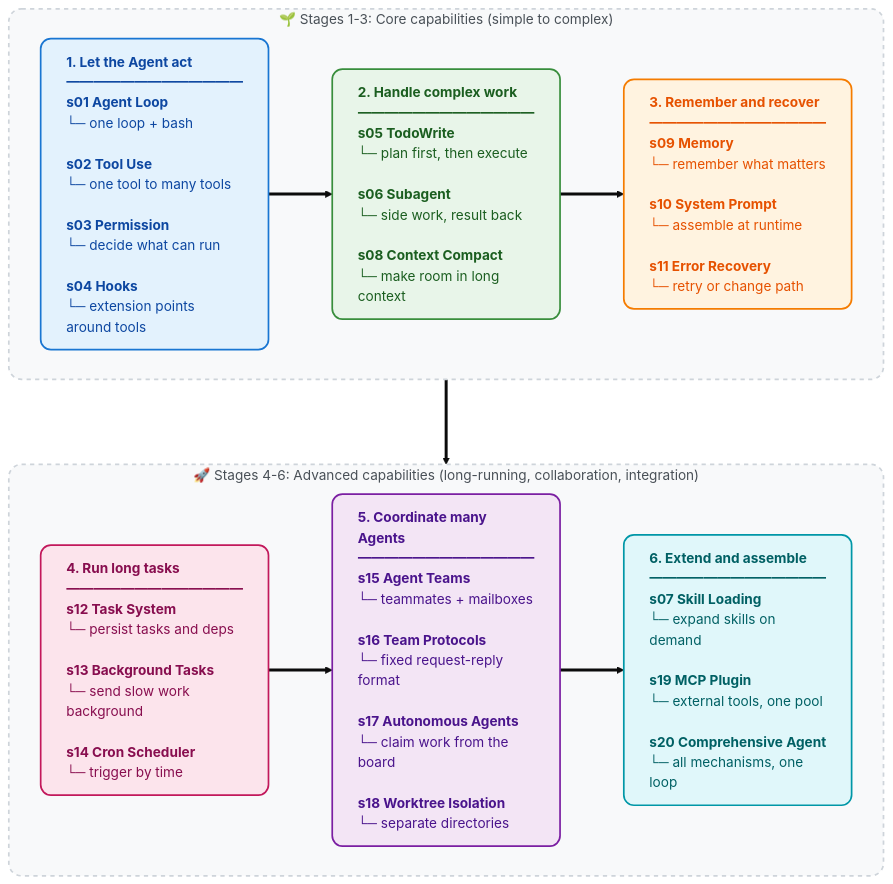
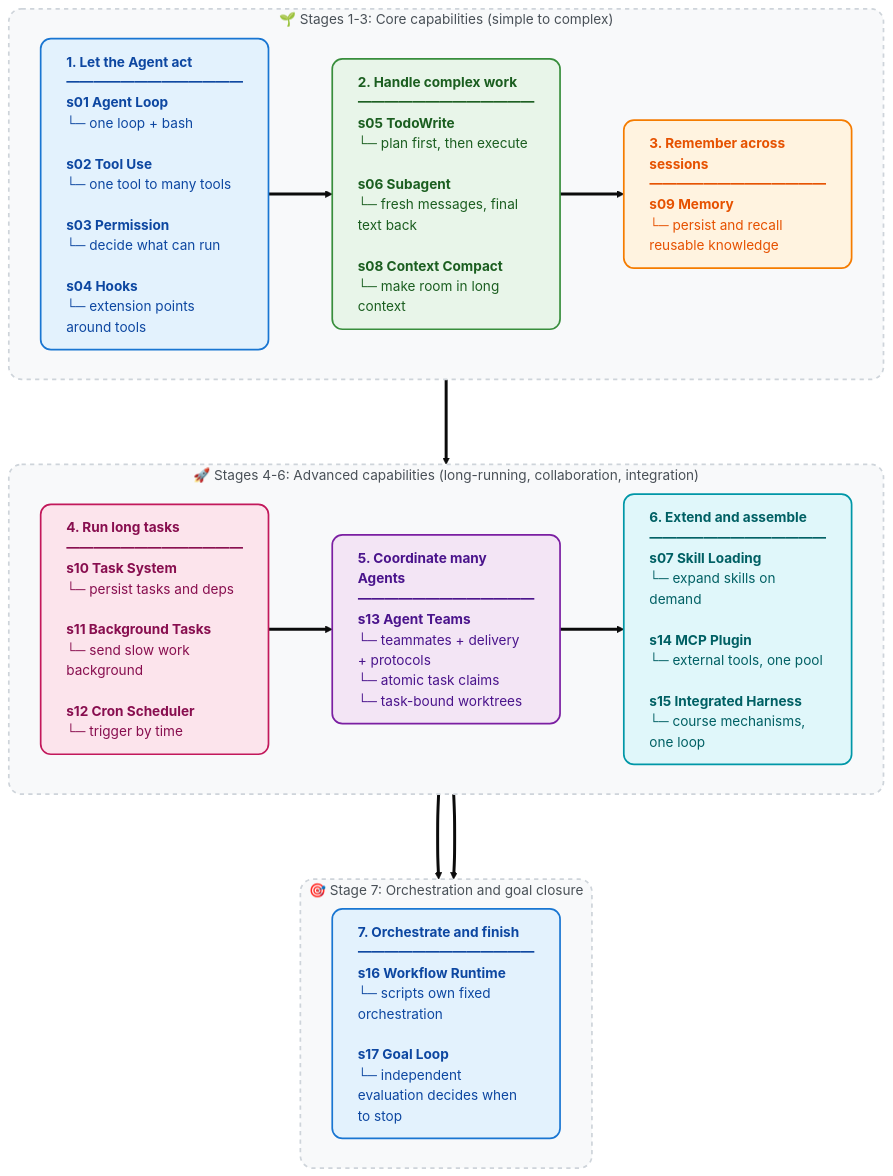
Before and after one commit to FreeWillDeveloper/forward: the diagram in ai/ForwardAI-learn-claude-code/README.md, drawn with Mermaid (base theme). The commit also changed other lines of this file and 246 other files, not shown here.

````diff
--- a/ai/ForwardAI-learn-claude-code/README.md
+++ b/ai/ForwardAI-learn-claude-code/README.md
@@ -261,42 +247,49 @@
 ```mermaid
 flowchart TD
     %% Card styles
     classDef stage1 fill:#E3F2FD,stroke:#1976D2,stroke-width:2px,color:#0D47A1,rx:12,ry:12,text-align:left
     classDef stage2 fill:#E8F5E9,stroke:#388E3C,stroke-width:2px,color:#1B5E20,rx:12,ry:12,text-align:left
     classDef stage3 fill:#FFF3E0,stroke:#F57C00,stroke-width:2px,color:#E65100,rx:12,ry:12,text-align:left
     classDef stage4 fill:#FCE4EC,stroke:#C2185b,stroke-width:2px,color:#880E4F,rx:12,ry:12,text-align:left
     classDef stage5 fill:#F3E5F5,stroke:#7B1FA2,stroke-width:2px,color:#4A148C,rx:12,ry:12,text-align:left
     classDef stage6 fill:#E0F7FA,stroke:#0097A7,stroke-width:2px,color:#006064,rx:12,ry:12,text-align:left
 
     %% Group style
     classDef groupBox fill:#F8F9FA,stroke:#CED4DA,stroke-width:2px,stroke-dasharray: 5 5,rx:15,ry:15,color:#495057
 
     %% Layer 1: stages 1-3
     subgraph Phase1 ["🌱 Stages 1-3: Core capabilities (simple to complex)"]
         direction LR
         S1["<b>1. Let the Agent act</b><br/>━━━━━━━━━━━━━<br/><b>s01 Agent Loop</b><br/>└─ one loop + bash<br/><br/><b>s02 Tool Use</b><br/>└─ one tool to many tools<br/><br/><b>s03 Permission</b><br/>└─ decide what can run<br/><br/><b>s04 Hooks</b><br/>└─ extension points around tools"]:::stage1
 
-        S2["<b>2. Handle complex work</b><br/>━━━━━━━━━━━━━<br/><b>s05 TodoWrite</b><br/>└─ plan first, then execute<br/><br/><b>s06 Subagent</b><br/>└─ side work, result back<br/><br/><b>s08 Context Compact</b><br/>└─ make room in long context"]:::stage2
+        S2["<b>2. Handle complex work</b><br/>━━━━━━━━━━━━━<br/><b>s05 TodoWrite</b><br/>└─ plan first, then execute<br/><br/><b>s06 Subagent</b><br/>└─ fresh messages, final text back<br/><br/><b>s08 Context Compact</b><br/>└─ make room in long context"]:::stage2
 
-        S3["<b>3. Remember and recover</b><br/>━━━━━━━━━━━━━<br/><b>s09 Memory</b><br/>└─ remember what matters<br/><br/><b>s10 System Prompt</b><br/>└─ assemble at runtime<br/><br/><b>s11 Error Recovery</b><br/>└─ retry or change path"]:::stage3
+        S3["<b>3. Remember across sessions</b><br/>━━━━━━━━━━━━━<br/><b>s09 Memory</b><br/>└─ persist and recall reusable knowledge"]:::stage3
 
         S1 ==> S2 ==> S3
     end
 
     %% Layer 2: stages 4-6
     subgraph Phase2 ["🚀 Stages 4-6: Advanced capabilities (long-running, collaboration, integration)"]
         direction LR
-        S4["<b>4. Run long tasks</b><br/>━━━━━━━━━━━━━<br/><b>s12 Task System</b><br/>└─ persist tasks and deps<br/><br/><b>s13 Background Tasks</b><br/>└─ send slow work background<br/><br/><b>s14 Cron Scheduler</b><br/>└─ trigger by time"]:::stage4
+        S4["<b>4. Run long tasks</b><br/>━━━━━━━━━━━━━<br/><b>s10 Task System</b><br/>└─ persist tasks and deps<br/><br/><b>s11 Background Tasks</b><br/>└─ send slow work background<br/><br/><b>s12 Cron Scheduler</b><br/>└─ trigger by time"]:::stage4
 
-        S5["<b>5. Coordinate many Agents</b><br/>━━━━━━━━━━━━━<br/><b>s15 Agent Teams</b><br/>└─ teammates + mailboxes<br/><br/><b>s16 Team Protocols</b><br/>└─ fixed request-reply format<br/><br/><b>s17 Autonomous Agents</b><br/>└─ claim work from the board<br/><br/><b>s18 Worktree Isolation</b><br/>└─ separate directories"]:::stage5
+        S5["<b>5. Coordinate many Agents</b><br/>━━━━━━━━━━━━━<br/><b>s13 Agent Teams</b><br/>└─ teammates + delivery + protocols<br/>└─ atomic task claims<br/>└─ task-bound worktrees"]:::stage5
 
-        S6["<b>6. Extend and assemble</b><br/>━━━━━━━━━━━━━<br/><b>s07 Skill Loading</b><br/>└─ expand skills on demand<br/><br/><b>s19 MCP Plugin</b><br/>└─ external tools, one pool<br/><br/><b>s20 Comprehensive Agent</b><br/>└─ all mechanisms, one loop"]:::stage6
+        S6["<b>6. Extend and assemble</b><br/>━━━━━━━━━━━━━<br/><b>s07 Skill Loading</b><br/>└─ expand skills on demand<br/><br/><b>s14 MCP Plugin</b><br/>└─ external tools, one pool<br/><br/><b>s15 Integrated Harness</b><br/>└─ course mechanisms, one loop"]:::stage6
 
         S4 ==> S5 ==> S6
     end
 
-    %% Connect the two layers
-    Phase1 ===> Phase2
+    %% Layer 3: orchestration and goal closure
+    subgraph Phase3 ["🎯 Stage 7: Orchestration and goal closure"]
+        direction LR
+        S7["<b>7. Orchestrate and finish</b><br/>━━━━━━━━━━━━━<br/><b>s16 Workflow Runtime</b><br/>└─ scripts own fixed orchestration<br/><br/><b>s17 Goal Loop</b><br/>└─ independent evaluation decides when to stop"]:::stage1
+        S6 ==> S7
+    end
 
-    class Phase1,Phase2 groupBox
+    %% Connect the three layers
+    Phase1 ===> Phase2 ===> Phase3
+
+    class Phase1,Phase2,Phase3 groupBox
 ```
````
